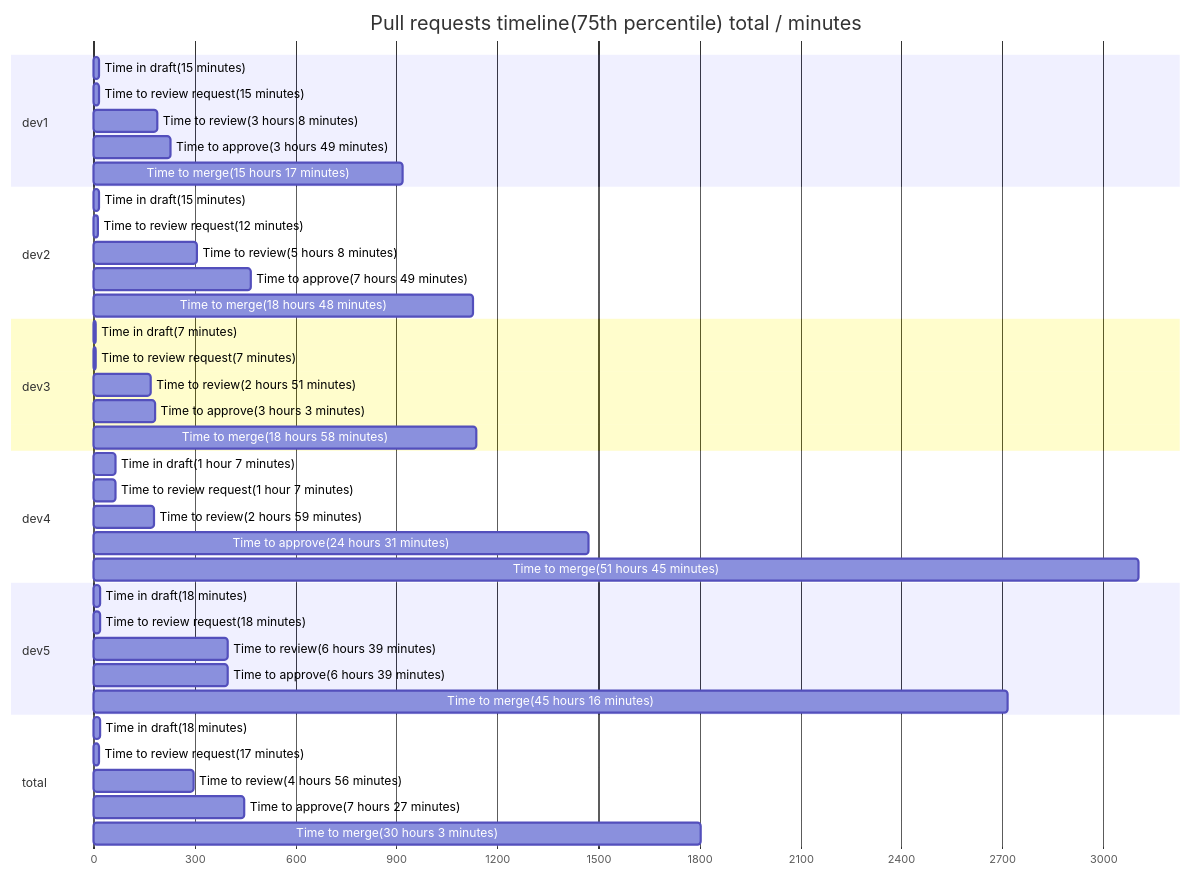
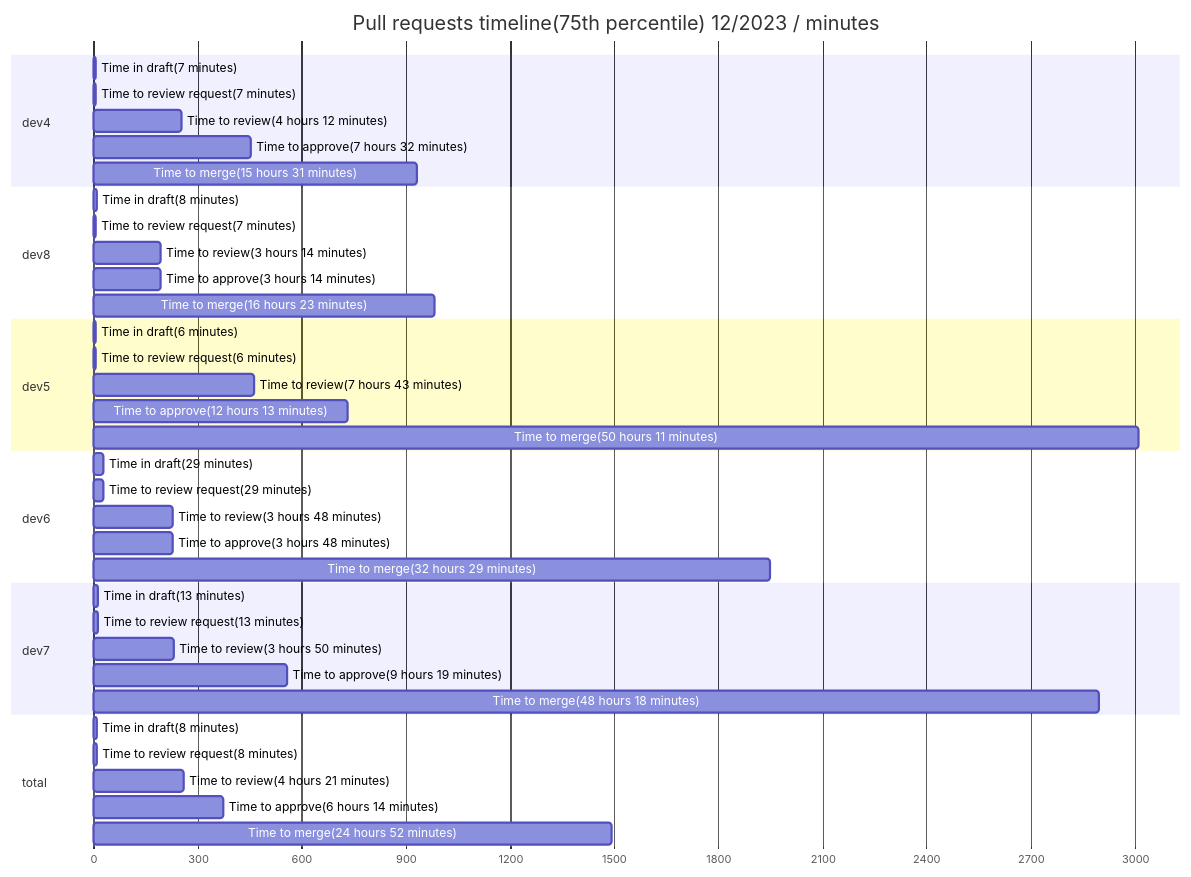
Before and after one commit to AlexSim93/pull-request-analytics-action: the first of 44 diagrams in examples/nPRsReport.md, drawn with Mermaid. The commit also changed other lines of this file and 8 other files, not shown here.

Commit message:
Fix: Fixed review requests and time in draft

````diff
--- a/examples/nPRsReport.md
+++ b/examples/nPRsReport.md
@@ -39,48 +39,48 @@
 ```mermaid
 gantt
-title Pull requests timeline(75th percentile) total / minutes
+title Pull requests timeline(75th percentile) 12/2023 / minutes
 dateFormat X
 axisFormat %s
-section dev1
-                Time in draft(15 minutes) :  0, 15
-Time to review request(15 minutes) :  0, 15
-Time to review(3 hours 8 minutes) :  0, 188
-Time to approve(3 hours 49 minutes) :  0, 229
-Time to merge(15 hours 17 minutes) :  0, 917
-
-section dev2
-                Time in draft(15 minutes) :  0, 15
-Time to review request(12 minutes) :  0, 12
-Time to review(5 hours 8 minutes) :  0, 308
-Time to approve(7 hours 49 minutes) :  0, 469
-Time to merge(18 hours 48 minutes) :  0, 1128
-
-section dev3
+section dev4
                 Time in draft(7 minutes) :  0, 7
 Time to review request(7 minutes) :  0, 7
-Time to review(2 hours 51 minutes) :  0, 171
-Time to approve(3 hours 3 minutes) :  0, 183
-Time to merge(18 hours 58 minutes) :  0, 1138
+Time to review(4 hours 12 minutes) :  0, 252
+Time to approve(7 hours 32 minutes) :  0, 452
+Time to merge(15 hours 31 minutes) :  0, 931
 
-section dev4
-                Time in draft(1 hour 7 minutes) :  0, 67
-Time to review request(1 hour 7 minutes) :  0, 67
-Time to review(2 hours 59 minutes) :  0, 179
-Time to approve(24 hours 31 minutes) :  0, 1471
-Time to merge(51 hours 45 minutes) :  0, 3105
+section dev8
+                Time in draft(8 minutes) :  0, 8
+Time to review request(7 minutes) :  0, 7
+Time to review(3 hours 14 minutes) :  0, 194
+Time to approve(3 hours 14 minutes) :  0, 194
+Time to merge(16 hours 23 minutes) :  0, 983
 
 section dev5
-                Time in draft(18 minutes) :  0, 18
-Time to review request(18 minutes) :  0, 18
-Time to review(6 hours 39 minutes) :  0, 399
-Time to approve(6 hours 39 minutes) :  0, 399
-Time to merge(45 hours 16 minutes) :  0, 2716
+                Time in draft(6 minutes) :  0, 6
+Time to review request(6 minutes) :  0, 6
+Time to review(7 hours 43 minutes) :  0, 463
+Time to approve(12 hours 13 minutes) :  0, 733
+Time to merge(50 hours 11 minutes) :  0, 3011
+
+section dev6
+                Time in draft(29 minutes) :  0, 29
+Time to review request(29 minutes) :  0, 29
+Time to review(3 hours 48 minutes) :  0, 228
+Time to approve(3 hours 48 minutes) :  0, 228
+Time to merge(32 hours 29 minutes) :  0, 1949
+
+section dev7
+                Time in draft(13 minutes) :  0, 13
+Time to review request(13 minutes) :  0, 13
+Time to review(3 hours 50 minutes) :  0, 230
+Time to approve(9 hours 19 minutes) :  0, 559
+Time to merge(48 hours 18 minutes) :  0, 2898
 
 section total
-                Time in draft(18 minutes) :  0, 18
-Time to review request(17 minutes) :  0, 17
-Time to review(4 hours 56 minutes) :  0, 296
-Time to approve(7 hours 27 minutes) :  0, 447
-Time to merge(30 hours 3 minutes) :  0, 1803
+                Time in draft(8 minutes) :  0, 8
+Time to review request(8 minutes) :  0, 8
+Time to review(4 hours 21 minutes) :  0, 261
+Time to approve(6 hours 14 minutes) :  0, 374
+Time to merge(24 hours 52 minutes) :  0, 1492
 
 ```
````
